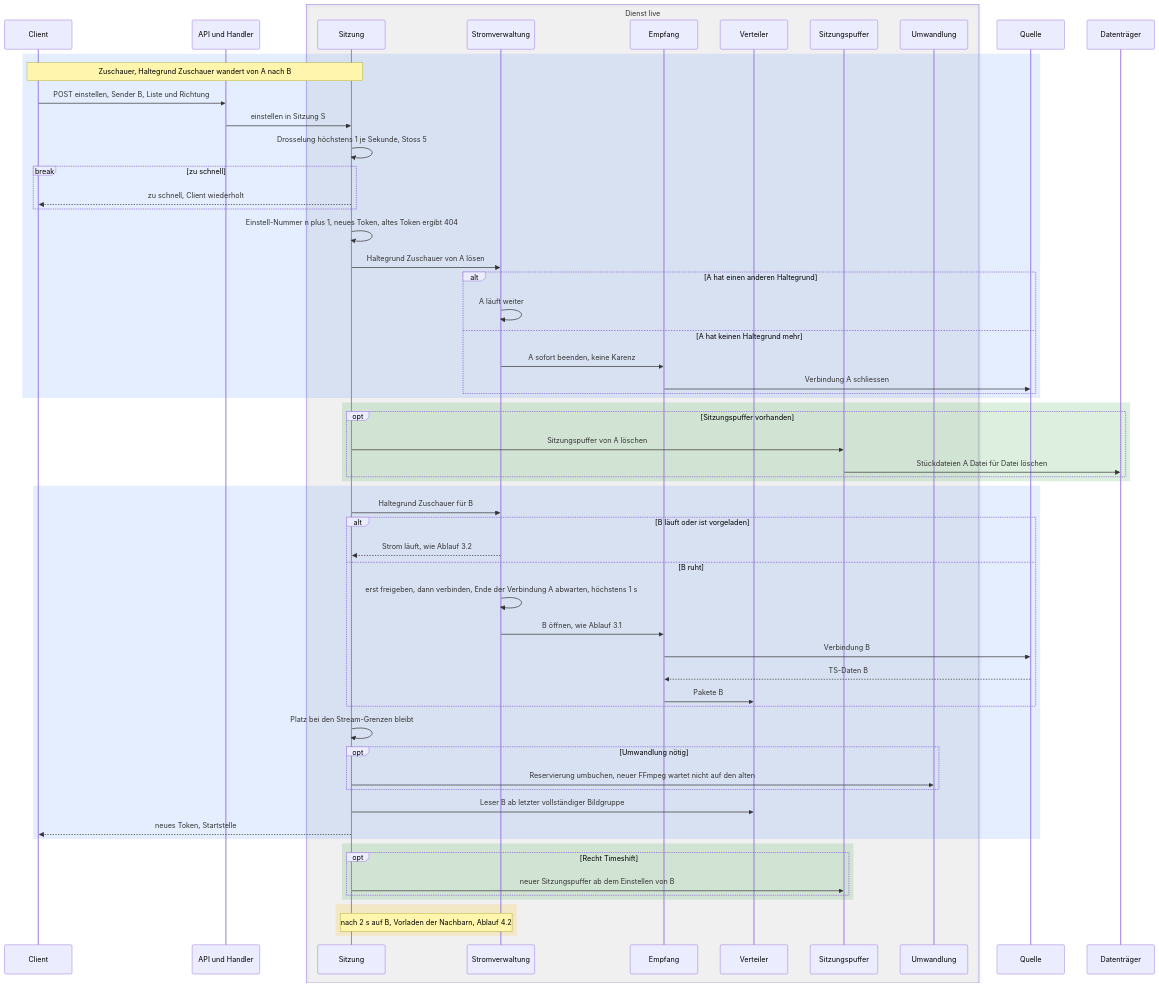
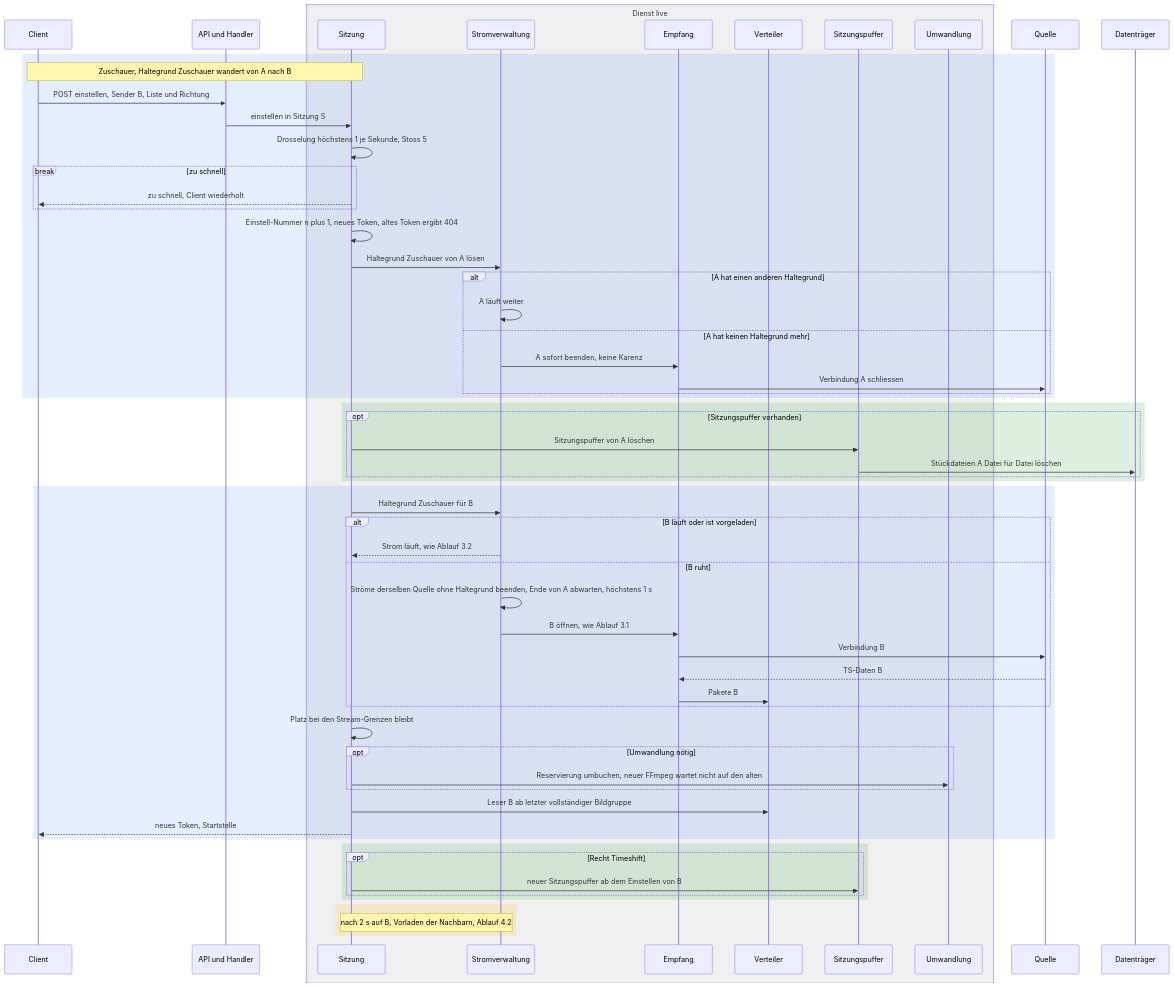
The sixth of 22 diagrams in docs/planning/28-live-tv/06-ablaeufe.md (SlouchCat/slouchcat), drawn with Mermaid before and after one commit. The commit also changed other lines of this file, not shown here.

Commit message:
docs(planning): concept 28 live TV, flows after consolidation 1

````diff
--- a/docs/planning/28-live-tv/06-ablaeufe.md
+++ b/docs/planning/28-live-tv/06-ablaeufe.md
@@ -474,65 +499,65 @@
 ```mermaid
 sequenceDiagram
   participant CL as Client
   participant API as API und Handler
   box rgba(128,128,128,0.08) Dienst live
     participant SES as Sitzung
     participant STR as Stromverwaltung
     participant EMP as Empfang
     participant VT as Verteiler
     participant SP as Sitzungspuffer
     participant UW as Umwandlung
   end
   participant Q as Quelle
   participant DSK as Datenträger
 
   rect rgba(66,135,245,0.14)
     Note over CL,SES: Zuschauer, Haltegrund Zuschauer wandert von A nach B
     CL->>API: POST einstellen, Sender B, Liste und Richtung
     API->>SES: einstellen in Sitzung S
     SES->>SES: Drosselung höchstens 1 je Sekunde, Stoss 5
     break zu schnell
       SES-->>CL: zu schnell, Client wiederholt
     end
     SES->>SES: Einstell-Nummer n plus 1, neues Token, altes Token ergibt 404
     SES->>STR: Haltegrund Zuschauer von A lösen
     alt A hat einen anderen Haltegrund
       STR->>STR: A läuft weiter
     else A hat keinen Haltegrund mehr
       STR->>EMP: A sofort beenden, keine Karenz
       EMP->>Q: Verbindung A schliessen
     end
   end
   rect rgba(46,160,67,0.16)
     opt Sitzungspuffer vorhanden
       SES->>SP: Sitzungspuffer von A löschen
       SP->>DSK: Stückdateien A Datei für Datei löschen
     end
   end
   rect rgba(66,135,245,0.14)
     SES->>STR: Haltegrund Zuschauer für B
     alt B läuft oder ist vorgeladen
       STR-->>SES: Strom läuft, wie Ablauf 3.2
     else B ruht
-      STR->>STR: erst freigeben, dann verbinden, Ende der Verbindung A abwarten, höchstens 1 s
+      STR->>STR: Ströme derselben Quelle ohne Haltegrund beenden, Ende von A abwarten, höchstens 1 s
       STR->>EMP: B öffnen, wie Ablauf 3.1
       EMP->>Q: Verbindung B
       Q-->>EMP: TS-Daten B
       EMP->>VT: Pakete B
     end
     SES->>SES: Platz bei den Stream-Grenzen bleibt
     opt Umwandlung nötig
       SES->>UW: Reservierung umbuchen, neuer FFmpeg wartet nicht auf den alten
     end
     SES->>VT: Leser B ab letzter vollständiger Bildgruppe
     SES-->>CL: neues Token, Startstelle
   end
   rect rgba(46,160,67,0.16)
     opt Recht Timeshift
       SES->>SP: neuer Sitzungspuffer ab dem Einstellen von B
     end
   end
   rect rgba(255,193,7,0.18)
     Note over SES,STR: nach 2 s auf B, Vorladen der Nachbarn, Ablauf 4.2
   end
 ```
````
